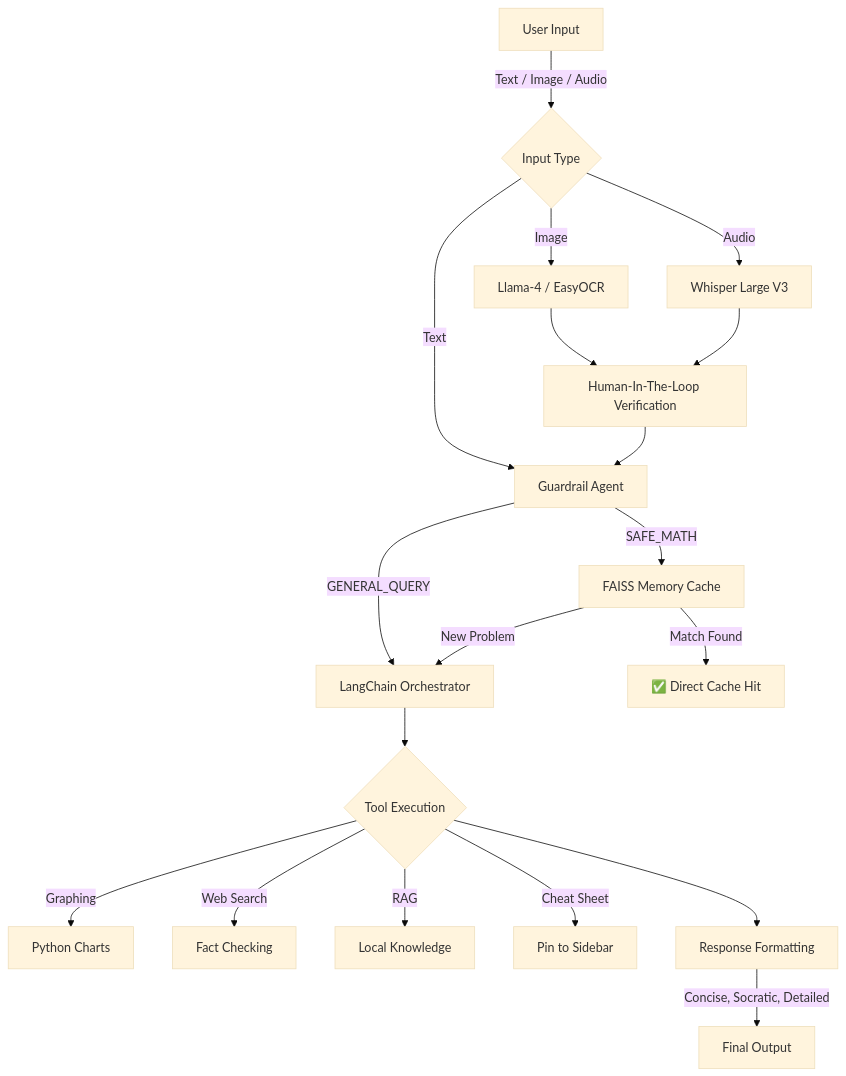
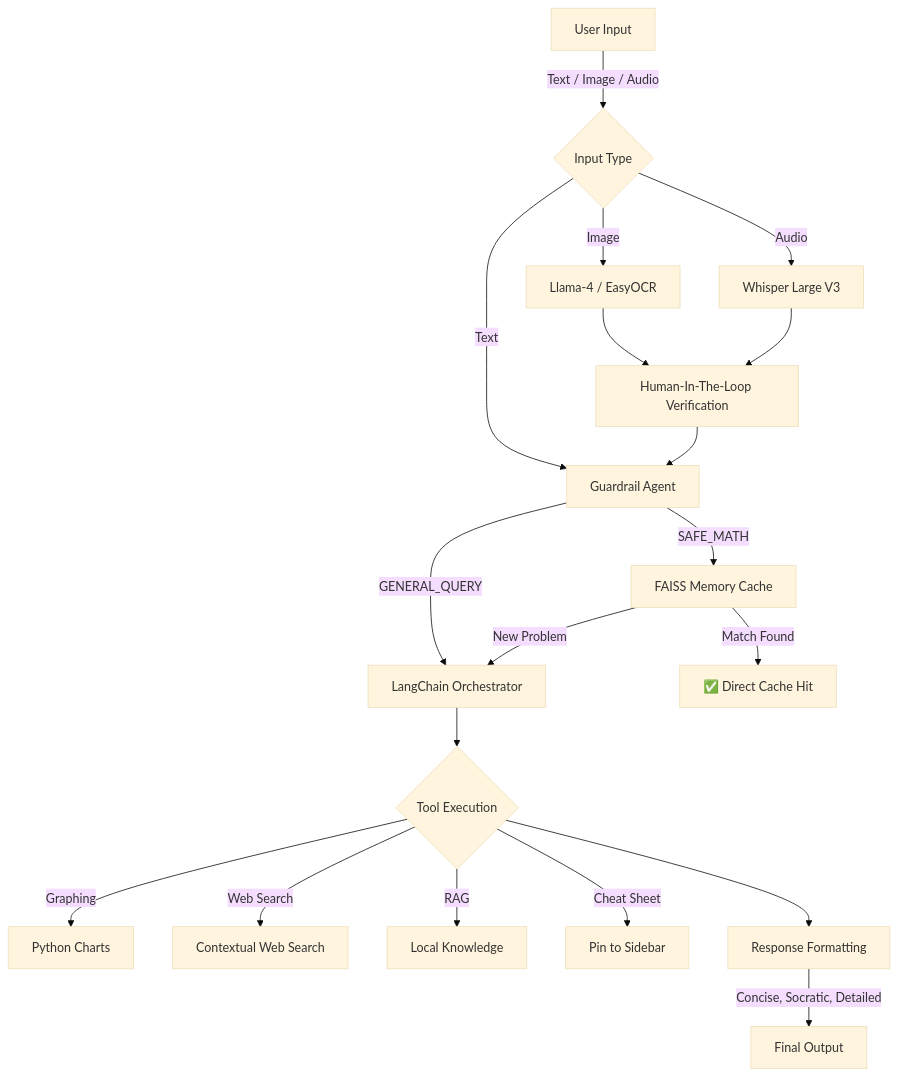
Before and after one commit to Kiranrossi/Multimodal-Math-Mentor: the diagram in README.md, drawn with Mermaid (base theme). The commit also changed other lines of this file, not shown here.

Commit message:
docs: update comprehensive project README architecture, technology stack, and installation guides reflecting new Tavily and LLama-3.1 integrations

````diff
--- a/README.md
+++ b/README.md
@@ -24,27 +24,27 @@
 ```mermaid
 graph TD
     User[User Input] -->|Text / Image / Audio| Router{Input Type}
     
     Router -->|Image| Vision[Llama-4 / EasyOCR]
     Router -->|Audio| Audio[Whisper Large V3]
     Router -->|Text| Guardrail[Guardrail Agent]
     
     Vision --> HITL[Human-In-The-Loop Verification]
     Audio --> HITL
     HITL --> Guardrail
     
     Guardrail -->|SAFE_MATH| Memory[FAISS Memory Cache]
     Guardrail -->|GENERAL_QUERY| Agent[LangChain Orchestrator]
     
     Memory -->|Match Found| Recall[✅ Direct Cache Hit]
     Memory -->|New Problem| Agent
     
     Agent --> Tools{Tool Execution}
     Tools -->|Graphing| Matplotlib[Python Charts]
-    Tools -->|Web Search| DuckDuckGo[Fact Checking]
+    Tools -->|Web Search| Tavily[Contextual Web Search]
     Tools -->|RAG| LocalDB[Local Knowledge]
     Tools -->|Cheat Sheet| UI_Pin[Pin to Sidebar]
     
     Tools --> Formatter[Response Formatting]
     Formatter -->|Concise, Socratic, Detailed| UI[Final Output]
 ```
````
